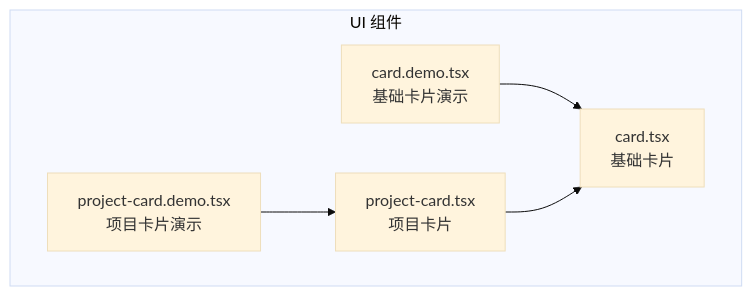
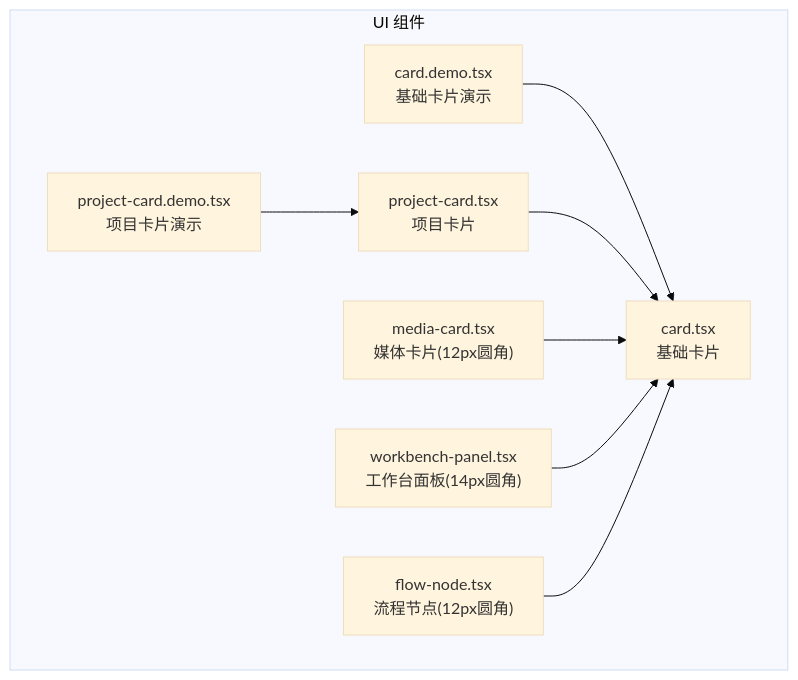
One commit to AIMFllyYS/code-video-canvas changed the first of 5 diagrams in .qoder/repowiki/zh/content/UI 组件库/基础组件/卡片组件.md. Above: the diagram before and after it, drawn with Mermaid (base theme). The commit also changed other lines of this file and 51 other files, not shown here.

````diff
--- a/.qoder/repowiki/zh/content/UI 组件库/基础组件/卡片组件.md
+++ b/.qoder/repowiki/zh/content/UI 组件库/基础组件/卡片组件.md
@@ -33,12 +45,18 @@
 ```mermaid
 graph TB
 subgraph "UI 组件"
 A["card.tsx<br/>基础卡片"]
 B["card.demo.tsx<br/>基础卡片演示"]
 C["project-card.tsx<br/>项目卡片"]
 D["project-card.demo.tsx<br/>项目卡片演示"]
+E["media-card.tsx<br/>媒体卡片(12px圆角)"]
+F["workbench-panel.tsx<br/>工作台面板(14px圆角)"]
+G["flow-node.tsx<br/>流程节点(12px圆角)"]
 end
 B --> A
 D --> C
 C --> A
+E --> A
+F --> A
+G --> A
 ```
````
